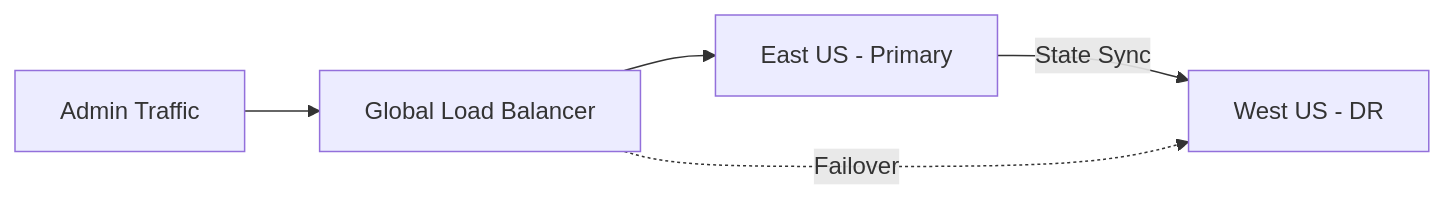
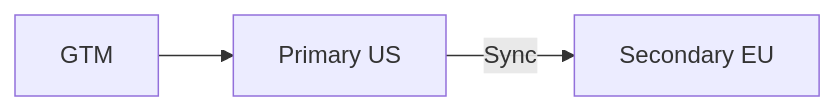
Before and after one commit to Devopstrio/hybrid-landingzone: the tenth of 30 diagrams in README.md, drawn with Mermaid. The commit also changed other lines of this file, not shown here.

Commit message:
docs: expand README with 30+ architectural diagrams

````diff
--- a/README.md
+++ b/README.md
@@ -214,7 +108,5 @@
 ```mermaid
 graph LR
-    Primary[East US - Primary] -->|State Sync| Secondary[West US - DR]
-    Traffic[Admin Traffic] --> LB[Global Load Balancer]
-    LB --> Primary
-    LB -.->|Failover| Secondary
+    P[Primary US] -->|Sync| S[Secondary EU]
+    LB[GTM] --> P
 ```
````
